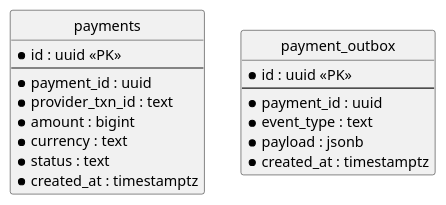
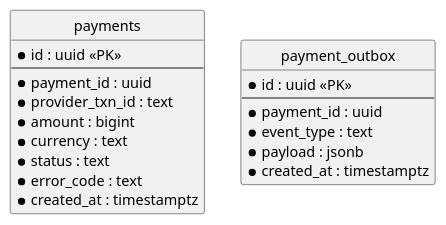
Before and after one commit to krsvyat/system-design: the diagram in week2/diagrams/erd-transaction.puml, drawn with PlantUML. The commit also changed 8 other files, not shown here.

```diff
--- a/week2/diagrams/erd-transaction.puml
+++ b/week2/diagrams/erd-transaction.puml
@@ -1,24 +1,25 @@
 @startuml erd-transaction
 hide circle
 
 entity "payments" {
   * id : uuid <<PK>>
   --
   * payment_id : uuid
   * provider_txn_id : text
   * amount : bigint
   * currency : text
   * status : text
+  * error_code : text
   * created_at : timestamptz
 }
 
 entity "payment_outbox" {
   * id : uuid <<PK>>
   --
   * payment_id : uuid
   * event_type : text
   * payload : jsonb
   * created_at : timestamptz
 }
 
 @enduml
```
